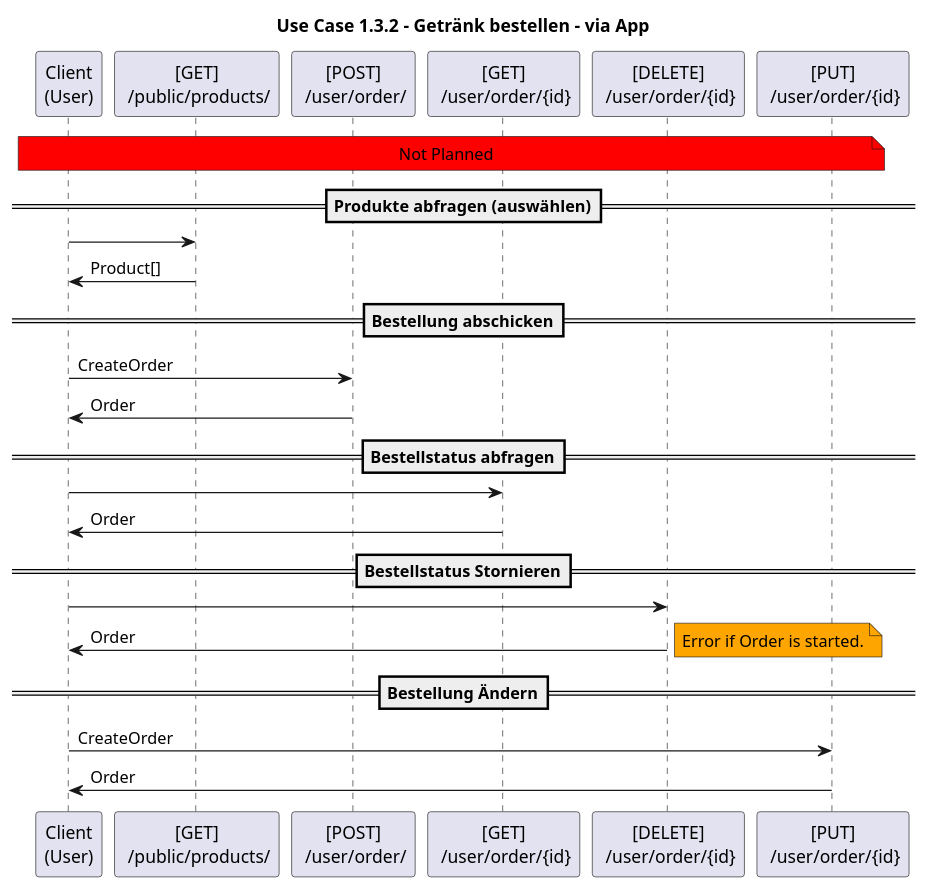
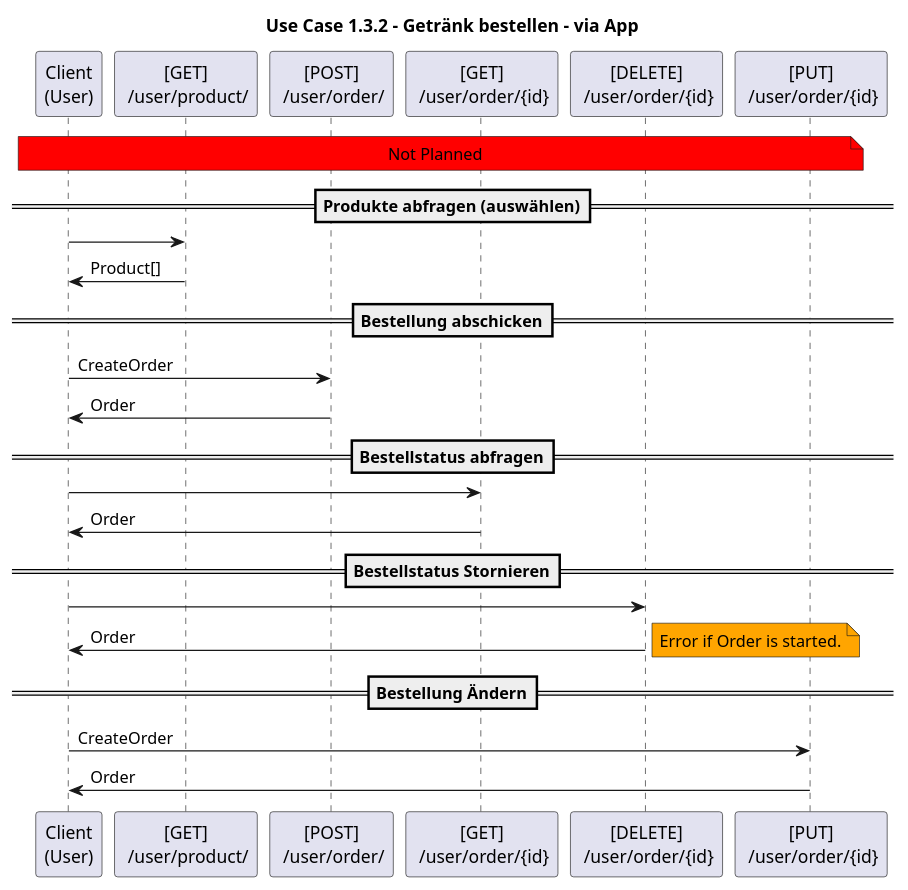
The seventh of 7 diagrams in docs/api-sequence-diagram/UseCase/Use-Case_1.puml (Mankianer/TresenSystem), drawn with PlantUML before and after one commit. The commit also changed other lines of this file and 1 other file, not shown here.

Commit message:
add BarkeeperProductApi and update Docs

```diff
--- a/docs/api-sequence-diagram/UseCase/Use-Case_1.puml
+++ b/docs/api-sequence-diagram/UseCase/Use-Case_1.puml
@@ -75,25 +75,25 @@
 @startuml
 title Use Case 1.3.2 - Getränk bestellen - via App
 note across #red: Not Planned
 ==Produkte abfragen (auswählen)==
-"Client\n(User)" -> "[GET]\n /public/products/":
-"Client\n(User)" <- "[GET]\n /public/products/": Product[]
+"Client\n(User)" -> "[GET]\n /user/product/":
+"Client\n(User)" <- "[GET]\n /user/product/": Product[]
 
 ==Bestellung abschicken==
 "Client\n(User)" -> "[POST]\n /user/order/": CreateOrder
 "Client\n(User)" <- "[POST]\n /user/order/": Order
 
 ==Bestellstatus abfragen==
 "Client\n(User)" -> "[GET]\n /user/order/{id}":
 "Client\n(User)" <- "[GET]\n /user/order/{id}": Order
 
 ==Bestellstatus Stornieren==
 "Client\n(User)" -> "[DELETE]\n /user/order/{id}":
 "Client\n(User)" <- "[DELETE]\n /user/order/{id}": Order
 note right #orange: Error if Order is started.
 
 ==Bestellung Ändern==
 "Client\n(User)" -> "[PUT]\n /user/order/{id}": CreateOrder
 "Client\n(User)" <- "[PUT]\n /user/order/{id}": Order
 
 @enduml
```
